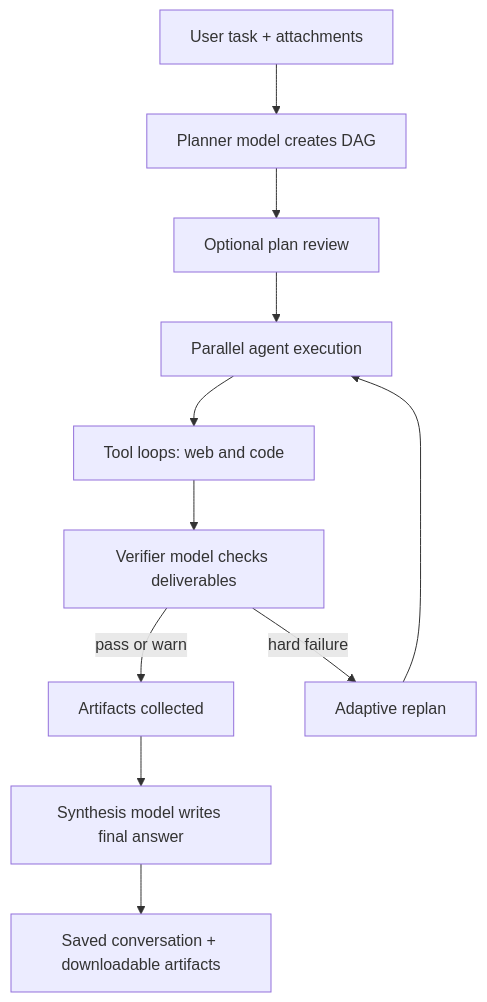
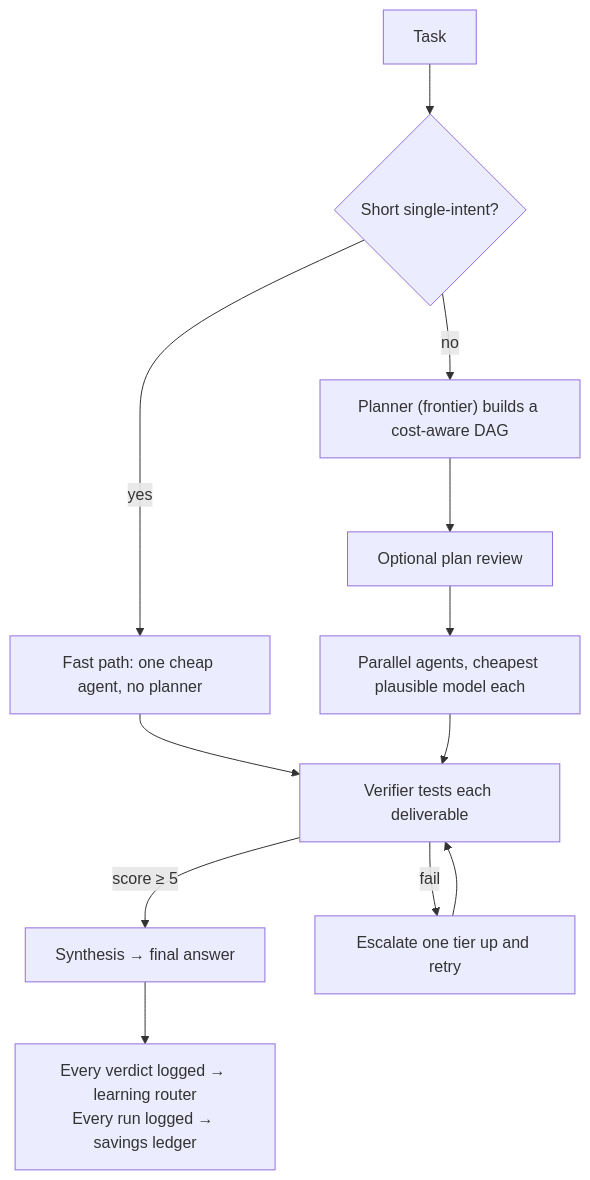
Before and after one commit to mateo-gepard/OrchestratorAgent: the diagram in README.md, drawn with Mermaid. The commit also changed other lines of this file and 1 other file, not shown here.

````diff
--- a/README.md
+++ b/README.md
@@ -54,13 +65,14 @@
 ```mermaid
 flowchart TD
-  A["User task + attachments"] --> B["Planner model creates DAG"]
-  B --> C["Optional plan review"]
-  C --> D["Parallel agent execution"]
-  D --> E["Tool loops: web and code"]
-  E --> F["Verifier model checks deliverables"]
-  F -->|pass or warn| G["Artifacts collected"]
-  F -->|hard failure| H["Adaptive replan"]
-  H --> D
-  G --> I["Synthesis model writes final answer"]
-  I --> J["Saved conversation + downloadable artifacts"]
+  A["Task"] --> B{"Short single-intent?"}
+  B -->|yes| F["Fast path: one cheap agent, no planner"]
+  B -->|no| P["Planner (frontier) builds a cost-aware DAG"]
+  P --> R["Optional plan review"]
+  R --> X["Parallel agents, cheapest plausible model each"]
+  F --> V
+  X --> V["Verifier tests each deliverable"]
+  V -->|score ≥ 5| S["Synthesis → final answer"]
+  V -->|fail| E["Escalate one tier up and retry"]
+  E --> V
+  S --> L["Every verdict logged → learning router\nEvery run logged → savings ledger"]
 ```
````
